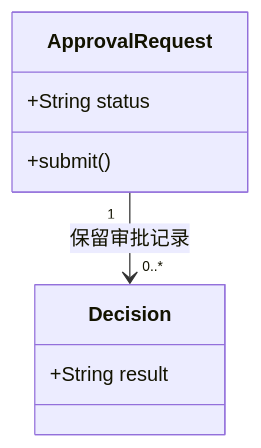
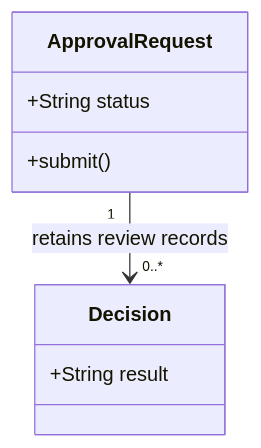
The second of 5 diagrams in .agents/skills/software-design/references/views.md (kobe8bryant24lakers/kobe-agent-kit), drawn with Mermaid before and after one commit. The commit also changed other lines of this file and 9 other files, not shown here.

````diff
--- a/.agents/skills/software-design/references/views.md
+++ b/.agents/skills/software-design/references/views.md
@@ -50,11 +52,11 @@
 ```mermaid
 classDiagram
     class ApprovalRequest {
         +String status
         +submit()
     }
     class Decision {
         +String result
     }
-    ApprovalRequest "1" --> "0..*" Decision : 保留审批记录
+    ApprovalRequest "1" --> "0..*" Decision : retains review records
 ```
````
